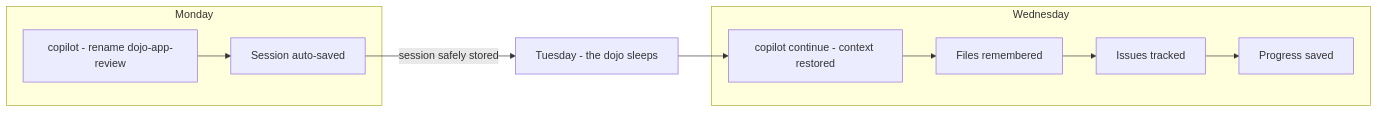
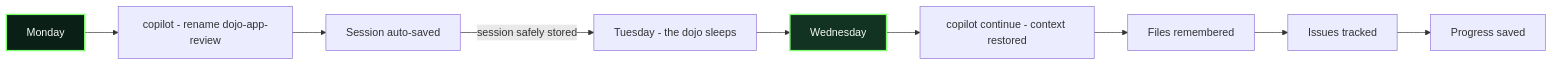
One commit to breconno/cowabunga changed the second of 3 diagrams in 02-context-conversations/README.md. Above: the diagram before and after it, drawn with Mermaid. The commit also changed 1 other file, not shown here.

Commit message:
chore: refine mermaid diagram in README for improved clarity and flow of context restoration

````diff
--- a/02-context-conversations/README.md
+++ b/02-context-conversations/README.md
@@ -458,17 +458,14 @@
 ```mermaid
 flowchart LR
-    subgraph Mon[Monday]
-        M1[copilot - rename dojo-app-review]
-        M2[Session auto-saved]
-        M1 --> M2
-    end
-    Tue[Tuesday - the dojo sleeps]
-    subgraph Wed[Wednesday]
-        W1[copilot continue - context restored]
-        W2[Files remembered]
-        W3[Issues tracked]
-        W4[Progress saved]
-        W1 --> W2 --> W3 --> W4
-    end
-    M2 -->|session safely stored| Tue --> W1
+    T1[Monday]:::monday --> M1[copilot - rename dojo-app-review]
+    M1 --> M2[Session auto-saved]
+    M2 -->|session safely stored| Tue[Tuesday - the dojo sleeps]
+    Tue --> T2[Wednesday]:::wednesday
+    T2 --> W1[copilot continue - context restored]
+    W1 --> W2[Files remembered]
+    W2 --> W3[Issues tracked]
+    W3 --> W4[Progress saved]
+
+    classDef monday fill:#0a1f16,color:#f4fbf5,stroke:#7cff6b,stroke-width:2px
+    classDef wednesday fill:#123222,color:#f4fbf5,stroke:#7cff6b,stroke-width:2px
 ```
````
